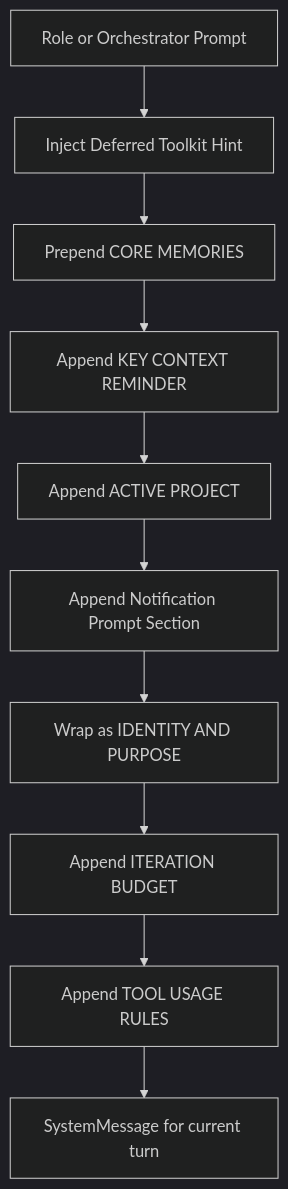
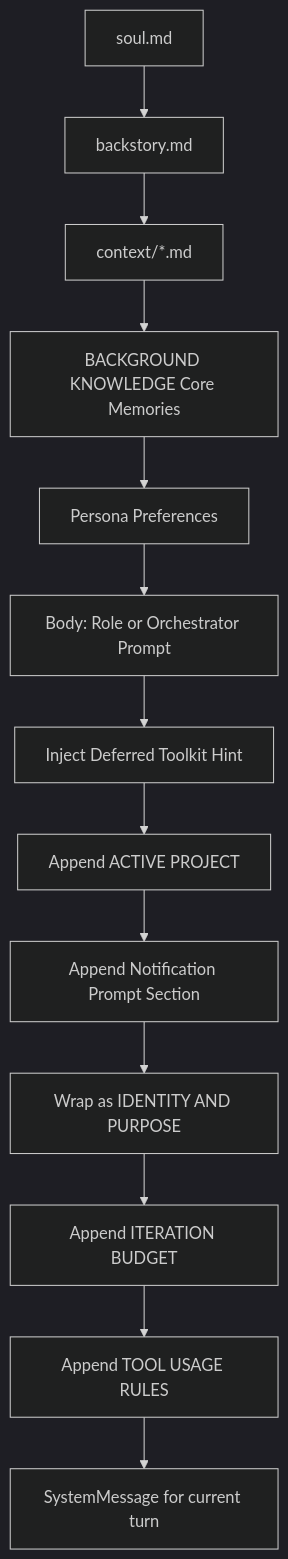
Before and after one commit to carmelosantana/docs-coquibot-org: the second of 5 diagrams in content/features/chat.mdx, drawn with Mermaid (dark theme). The commit also changed other lines of this file and 30 other files, not shown here.

````diff
--- a/content/features/chat.mdx
+++ b/content/features/chat.mdx
@@ -109,12 +115,15 @@
 ```mermaid
 flowchart TD
-    A[Role or Orchestrator Prompt] --> B[Inject Deferred Toolkit Hint]
-    B --> C[Prepend CORE MEMORIES]
-    C --> D[Append KEY CONTEXT REMINDER]
+    A[soul.md] --> B[backstory.md]
+    B --> B2[context/*.md]
+    B2 --> C[BACKGROUND KNOWLEDGE Core Memories]
+    C --> C2[Persona Preferences]
+    C2 --> A2[Body: Role or Orchestrator Prompt]
+    A2 --> D[Inject Deferred Toolkit Hint]
     D --> E[Append ACTIVE PROJECT]
     E --> F[Append Notification Prompt Section]
     F --> G[Wrap as IDENTITY AND PURPOSE]
     G --> H[Append ITERATION BUDGET]
     H --> I[Append TOOL USAGE RULES]
     I --> J[SystemMessage for current turn]
 ```
````
